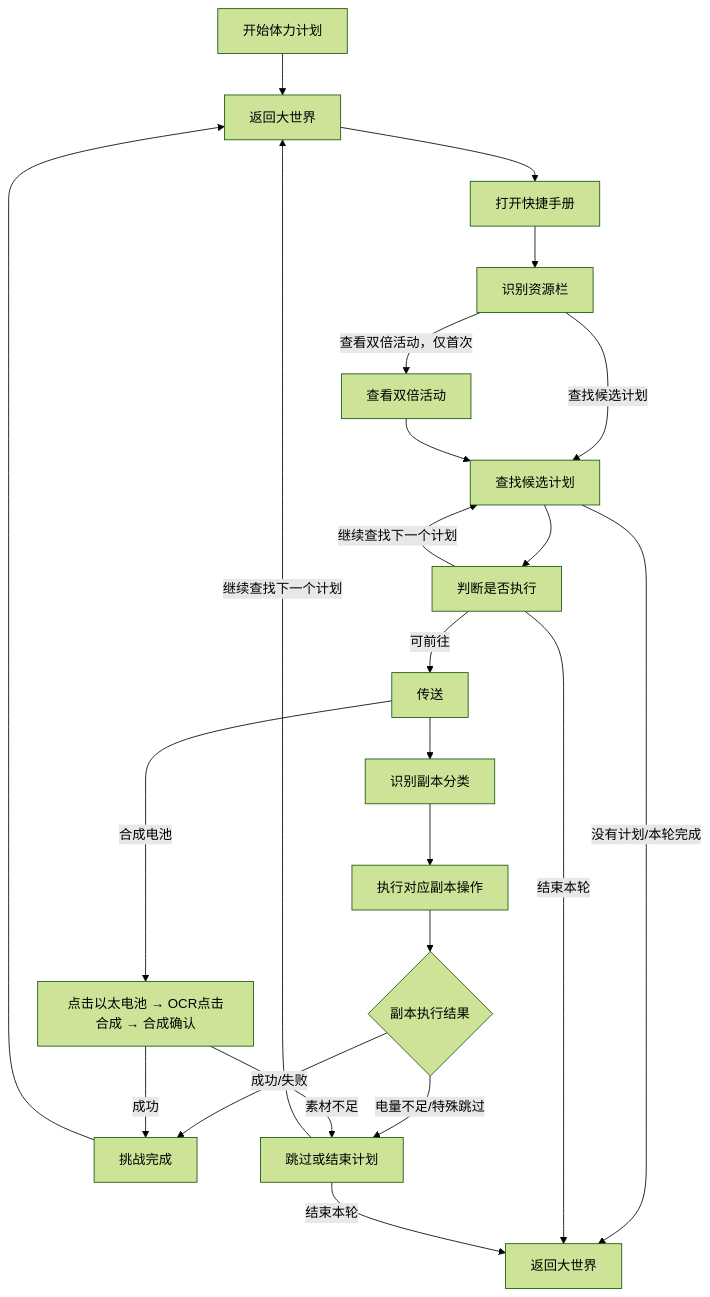
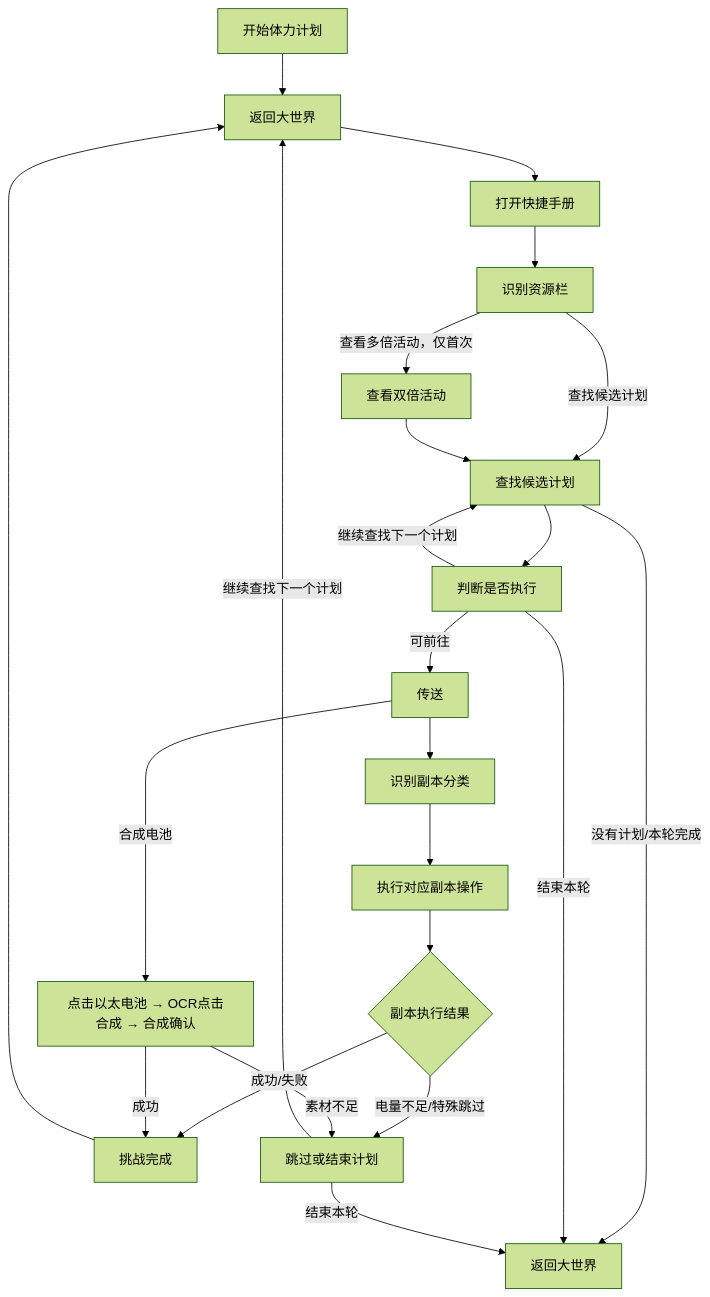
The diagram in docs/develop/zzz/application/charge_plan.md (OneDragon-Anything/ZenlessZoneZero-OneDragon), drawn with Mermaid (forest theme) before and after one commit. The commit also changed other lines of this file and 7 other files, not shown here.

````diff
--- a/docs/develop/zzz/application/charge_plan.md
+++ b/docs/develop/zzz/application/charge_plan.md
@@ -195,25 +198,25 @@
 ```mermaid
 graph TD
     A["开始体力计划"] --> B0["返回大世界"]
     B0 --> B["打开快捷手册"]
     B --> C["识别资源栏"]
-    C -->|查看双倍活动，仅首次| C2["查看双倍活动"]
+    C -->|查看多倍活动，仅首次| C2["查看双倍活动"]
     C -->|查找候选计划| D["查找候选计划"]
     C2 --> D
     D --> E["判断是否执行"]
     D -->|没有计划/本轮完成| J["返回大世界"]
     E -->|可前往| H["传送"]
     E -->|继续查找下一个计划| D
     E -->|结束本轮| J
     H -->|合成电池| EB["点击以太电池 → OCR点击合成 → 合成确认"]
     H --> K["识别副本分类"]
     K --> L["执行对应副本操作"]
     L --> M{"副本执行结果"}
     M -->|成功/失败| N["挑战完成"]
     M -->|电量不足/特殊跳过| Q["跳过或结束计划"]
     EB -->|成功| N
     EB -->|素材不足| Q
     N --> B0
     Q -->|继续查找下一个计划| B0
     Q -->|结束本轮| J
 ```
````
